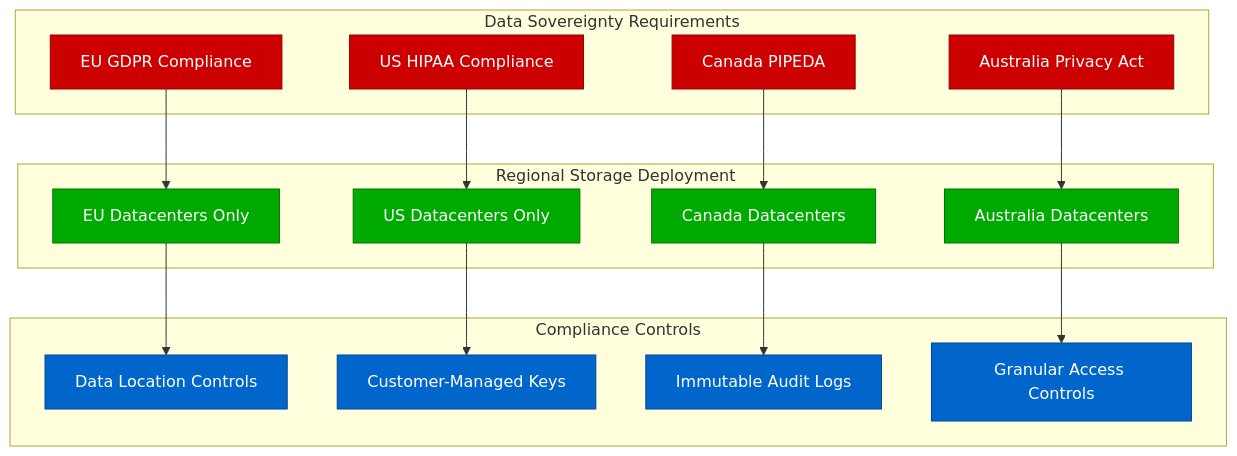
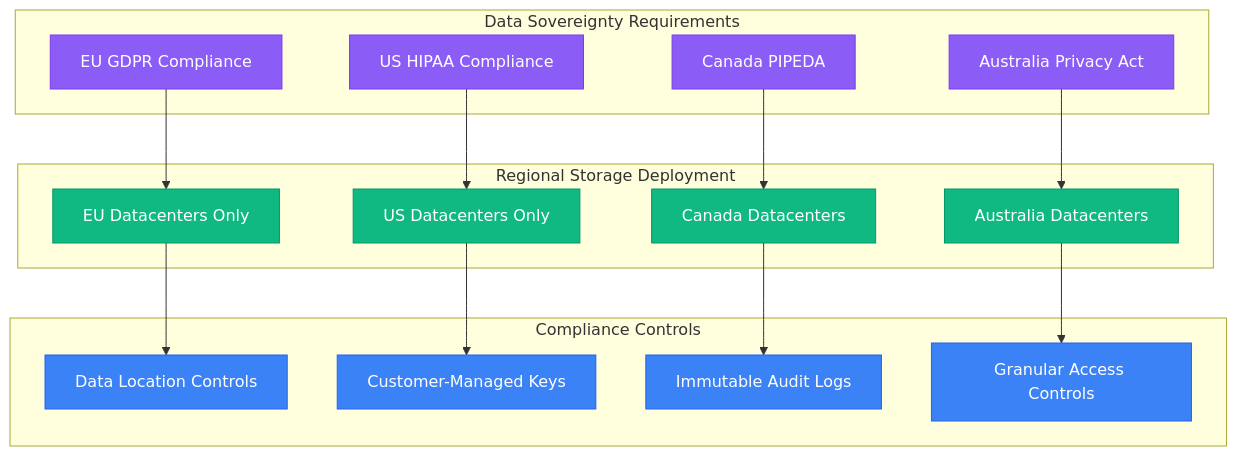
Before and after one commit to deepaucksharma/DS: the ninth of 9 diagrams in site/docs/systems/microsoft/storage-architecture.md, drawn with Mermaid. The commit also changed other lines of this file and 303 other files, not shown here.

````diff
--- a/site/docs/systems/microsoft/storage-architecture.md
+++ b/site/docs/systems/microsoft/storage-architecture.md
@@ -467,41 +467,41 @@
 ```mermaid
 graph TB
     subgraph DataSovereignty[Data Sovereignty Requirements]
         EU_GDPR[EU GDPR Compliance]
         US_HIPAA[US HIPAA Compliance]
         CANADA_PIPEDA[Canada PIPEDA]
         AUSTRALIA_PRIVACY[Australia Privacy Act]
     end
 
     subgraph RegionalStorage[Regional Storage Deployment]
         EU_DATACENTERS[EU Datacenters Only]
         US_DATACENTERS[US Datacenters Only]
         CANADA_DATACENTERS[Canada Datacenters]
         AUSTRALIA_DATACENTERS[Australia Datacenters]
     end
 
     subgraph ComplianceControls[Compliance Controls]
         DATA_LOCATION[Data Location Controls]
         ENCRYPTION_KEYS[Customer-Managed Keys]
         AUDIT_LOGS[Immutable Audit Logs]
         ACCESS_CONTROLS[Granular Access Controls]
     end
 
     EU_GDPR --> EU_DATACENTERS
     US_HIPAA --> US_DATACENTERS
     CANADA_PIPEDA --> CANADA_DATACENTERS
     AUSTRALIA_PRIVACY --> AUSTRALIA_DATACENTERS
 
     EU_DATACENTERS --> DATA_LOCATION
     US_DATACENTERS --> ENCRYPTION_KEYS
     CANADA_DATACENTERS --> AUDIT_LOGS
     AUSTRALIA_DATACENTERS --> ACCESS_CONTROLS
 
-    classDef complianceStyle fill:#CC0000,stroke:#990000,color:#fff
-    classDef regionalStyle fill:#00AA00,stroke:#007700,color:#fff
-    classDef controlStyle fill:#0066CC,stroke:#004499,color:#fff
+    classDef complianceStyle fill:#8B5CF6,stroke:#7C3AED,color:#fff
+    classDef regionalStyle fill:#10B981,stroke:#059669,color:#fff
+    classDef controlStyle fill:#3B82F6,stroke:#2563EB,color:#fff
 
     class EU_GDPR,US_HIPAA,CANADA_PIPEDA,AUSTRALIA_PRIVACY complianceStyle
     class EU_DATACENTERS,US_DATACENTERS,CANADA_DATACENTERS,AUSTRALIA_DATACENTERS regionalStyle
     class DATA_LOCATION,ENCRYPTION_KEYS,AUDIT_LOGS,ACCESS_CONTROLS controlStyle
 ```
````
